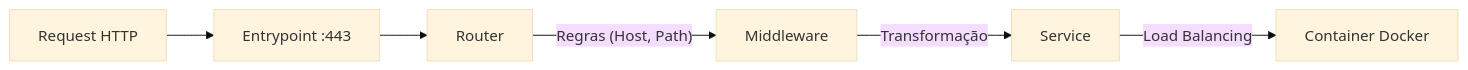
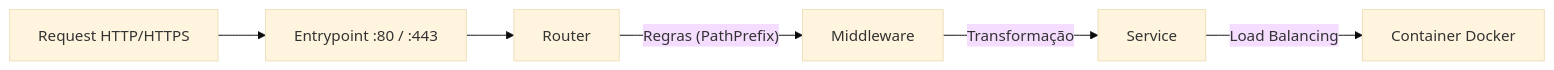
Before and after one commit to GuiJeff0/monitor_lab: the second of 2 diagrams in docs/infrastructure/traefik.md, drawn with Mermaid (base theme). The commit also changed other lines of this file and 18 other files, not shown here.

Commit message:
refactor: architecture adjustment for remote server

````diff
--- a/docs/infrastructure/traefik.md
+++ b/docs/infrastructure/traefik.md
@@ -53,8 +48,8 @@
 ```mermaid
 flowchart LR
-    Request[Request HTTP] --> Entrypoint[Entrypoint :443]
+    Request[Request HTTP/HTTPS] --> Entrypoint[Entrypoint :80 / :443]
     Entrypoint --> Router[Router]
-    Router -- Regras (Host, Path) --> Middleware[Middleware]
+    Router -- Regras (PathPrefix) --> Middleware[Middleware]
     Middleware -- Transformação --> Service[Service]
     Service -- Load Balancing --> Container[Container Docker]
 ```
````
